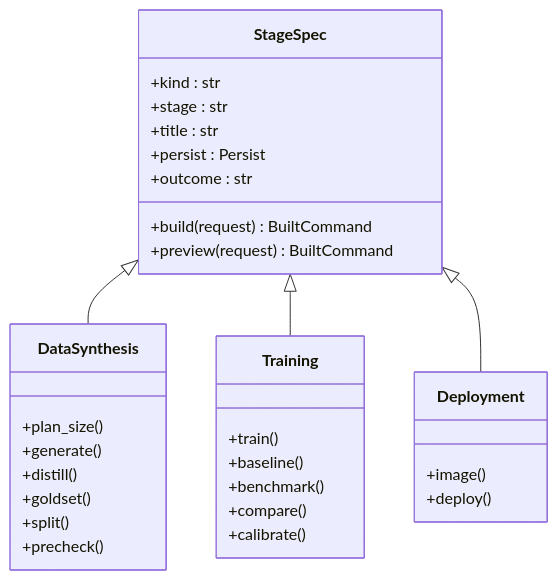
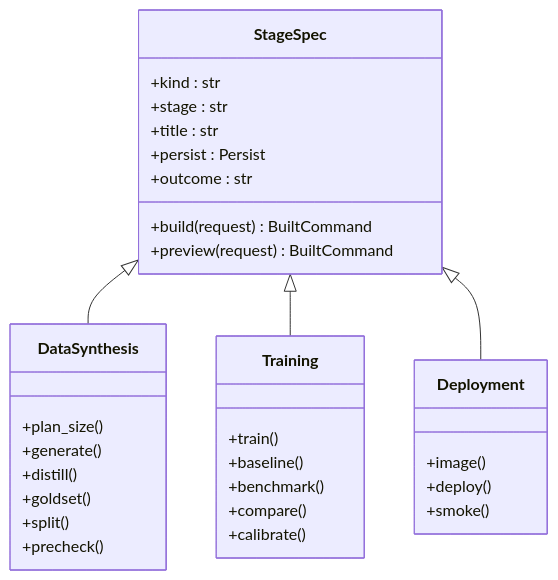
One commit to joezxh/kev changed the sixth of 13 diagrams in .qoder/repowiki/zh/content/训练框架/医疗微调控制台编排系统.md. Above: the diagram before and after it, drawn with Mermaid. The commit also changed other lines of this file and 101 other files, not shown here.

````diff
--- a/.qoder/repowiki/zh/content/训练框架/医疗微调控制台编排系统.md
+++ b/.qoder/repowiki/zh/content/训练框架/医疗微调控制台编排系统.md
@@ -292,34 +328,35 @@
 ```mermaid
 classDiagram
 class StageSpec {
 +kind : str
 +stage : str
 +title : str
 +build(request) BuiltCommand
 +persist : Persist
 +outcome : str
 +preview(request) BuiltCommand
 }
 class DataSynthesis {
 +plan_size()
 +generate()
 +distill()
 +goldset()
 +split()
 +precheck()
 }
 class Training {
 +train()
 +baseline()
 +benchmark()
 +compare()
 +calibrate()
 }
 class Deployment {
 +image()
 +deploy()
++smoke()
 }
 StageSpec <|-- DataSynthesis
 StageSpec <|-- Training
 StageSpec <|-- Deployment
 ```
````
